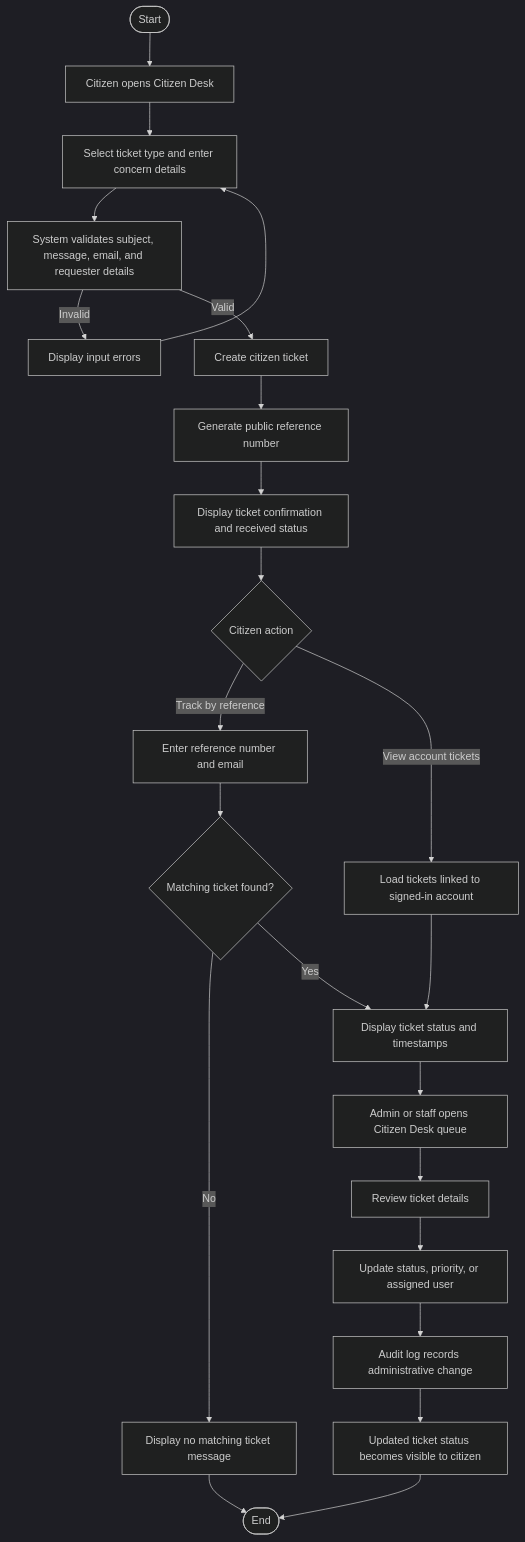
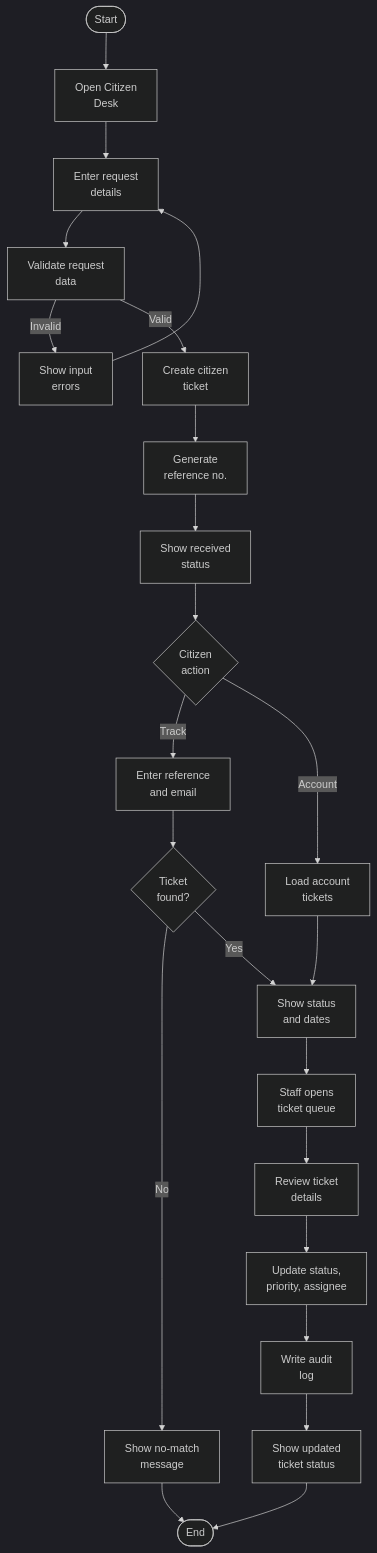
The fifth of 7 diagrams in 3.2.1-Activity-Diagram.md (txiaoqt/activity_diagram), drawn with Mermaid (dark theme) before and after one commit. The commit also changed other lines of this file, not shown here.

Commit message:
Improve activity diagram readability

````diff
--- a/3.2.1-Activity-Diagram.md
+++ b/3.2.1-Activity-Diagram.md
@@ -126,25 +128,26 @@
 ```mermaid
+%%{init: {"flowchart": {"htmlLabels": true, "nodeSpacing": 45, "rankSpacing": 55}} }%%
 flowchart TD
-    A([Start]) --> B[Citizen opens Citizen Desk]
-    B --> C[Select ticket type and enter concern details]
-    C --> D[System validates subject, message, email, and requester details]
-    D -- Invalid --> E[Display input errors]
+    A([Start]) --> B["Open Citizen<br/>Desk"]
+    B --> C["Enter request<br/>details"]
+    C --> D["Validate request<br/>data"]
+    D -- Invalid --> E["Show input<br/>errors"]
     E --> C
-    D -- Valid --> F[Create citizen ticket]
-    F --> G[Generate public reference number]
-    G --> H[Display ticket confirmation and received status]
-    H --> I{Citizen action}
-    I -- Track by reference --> J[Enter reference number and email]
-    I -- View account tickets --> K[Load tickets linked to signed-in account]
-    J --> L{Matching ticket found?}
-    L -- No --> M[Display no matching ticket message]
-    L -- Yes --> N[Display ticket status and timestamps]
+    D -- Valid --> F["Create citizen<br/>ticket"]
+    F --> G["Generate<br/>reference no."]
+    G --> H["Show received<br/>status"]
+    H --> I{"Citizen<br/>action"}
+    I -- Track --> J["Enter reference<br/>and email"]
+    I -- Account --> K["Load account<br/>tickets"]
+    J --> L{"Ticket<br/>found?"}
+    L -- No --> M["Show no-match<br/>message"]
+    L -- Yes --> N["Show status<br/>and dates"]
     K --> N
-    N --> O[Admin or staff opens Citizen Desk queue]
-    O --> P[Review ticket details]
-    P --> Q[Update status, priority, or assigned user]
-    Q --> R[Audit log records administrative change]
-    R --> S[Updated ticket status becomes visible to citizen]
+    N --> O["Staff opens<br/>ticket queue"]
+    O --> P["Review ticket<br/>details"]
+    P --> Q["Update status,<br/>priority, assignee"]
+    Q --> R["Write audit<br/>log"]
+    R --> S["Show updated<br/>ticket status"]
     S --> T([End])
     M --> T
 ```
````
